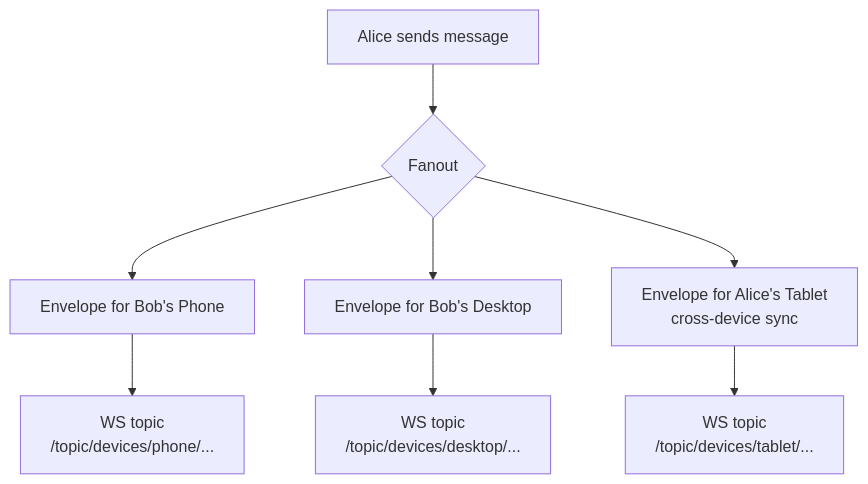
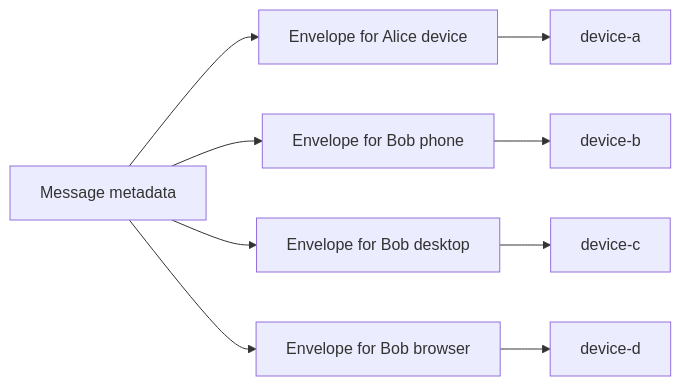
The seventh of 11 diagrams in README.md (vaazhen/chaos-e2ee-messenger), drawn with Mermaid before and after one commit. The commit also changed other lines of this file, not shown here.

````diff
--- a/README.md
+++ b/README.md
@@ -322,10 +306,12 @@
 ```mermaid
-graph TD
-    A[Alice sends message] --> F{Fanout}
-    F --> E1[Envelope for Bob's Phone]
-    F --> E2[Envelope for Bob's Desktop]
-    F --> E3[Envelope for Alice's Tablet<br/>cross-device sync]
-    E1 --> WS1[WS topic<br/>/topic/devices/phone/...]
-    E2 --> WS2[WS topic<br/>/topic/devices/desktop/...]
-    E3 --> WS3[WS topic<br/>/topic/devices/tablet/...]
+flowchart LR
+    M[Message metadata] --> E1[Envelope for Alice device]
+    M --> E2[Envelope for Bob phone]
+    M --> E3[Envelope for Bob desktop]
+    M --> E4[Envelope for Bob browser]
+
+    E1 --> D1[device-a]
+    E2 --> D2[device-b]
+    E3 --> D3[device-c]
+    E4 --> D4[device-d]
 ```
````
